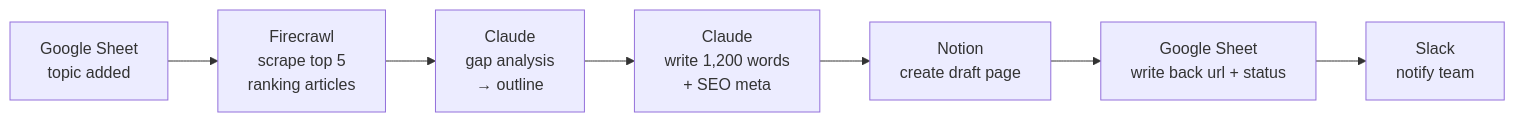
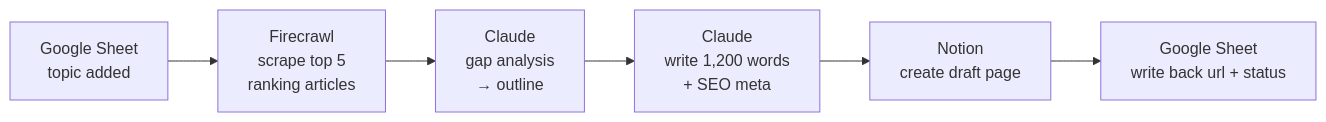
Before and after one commit to DhanushChinivar/ai-content-pipeline: the diagram in README.md, drawn with Mermaid. The commit also changed other lines of this file and 5 other files, not shown here.

````diff
--- a/README.md
+++ b/README.md
@@ -38,9 +38,8 @@
 ```mermaid
 flowchart LR
     A["Google Sheet<br/>topic added"] --> B["Firecrawl<br/>scrape top 5<br/>ranking articles"]
     B --> C["Claude<br/>gap analysis<br/>→ outline"]
     C --> D["Claude<br/>write 1,200 words<br/>+ SEO meta"]
     D --> E["Notion<br/>create draft page"]
     E --> F["Google Sheet<br/>write back url + status"]
-    F --> G["Slack<br/>notify team"]
 ```
````
